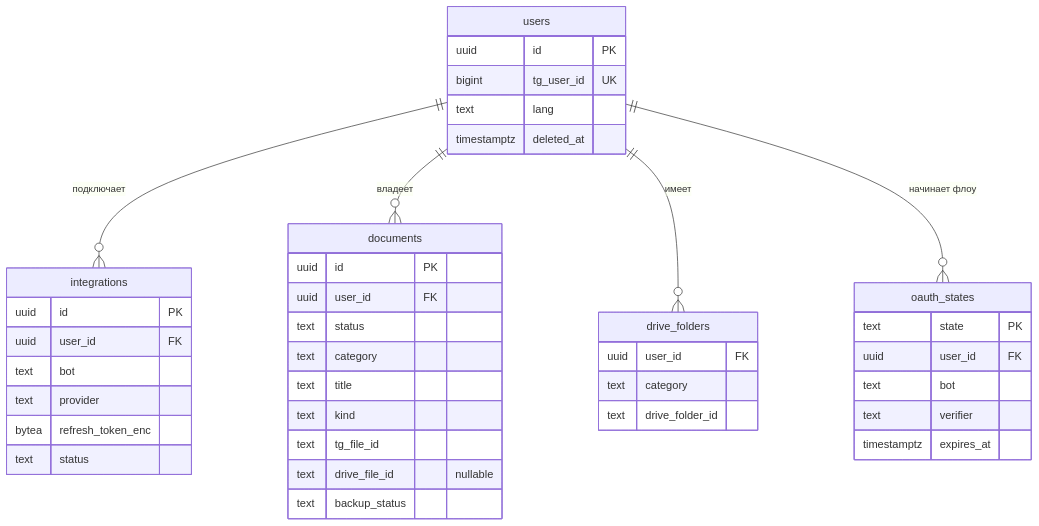
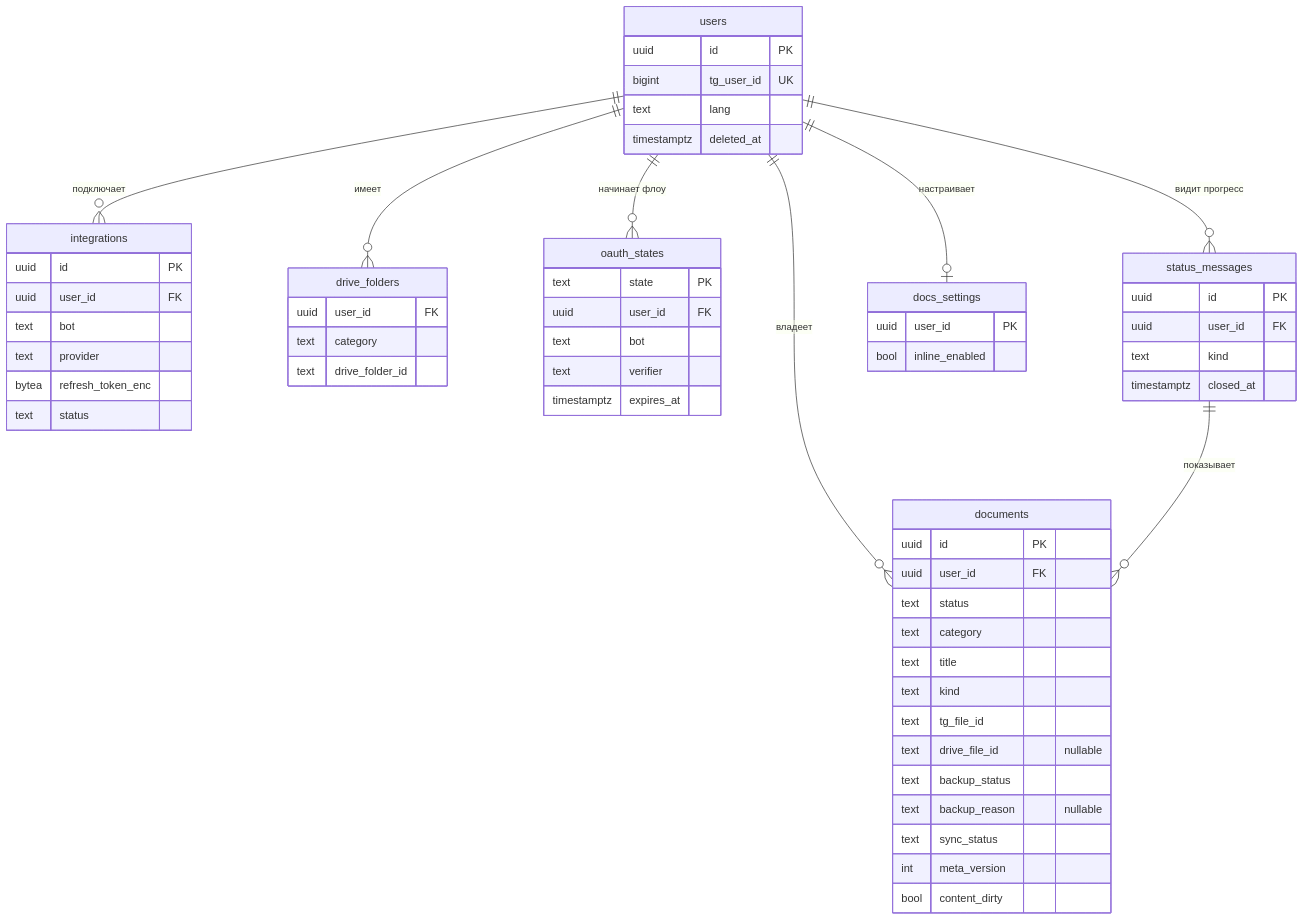
One commit to alexe0110/most-app changed the diagram in docs/model.md. Above: the diagram before and after it, drawn with Mermaid. The commit also changed other lines of this file and 3 other files, not shown here.

Commit message:
docs: sync architecture, model and conventions with the code

````diff
--- a/docs/model.md
+++ b/docs/model.md
@@ -24,45 +26,62 @@
 ```mermaid
 erDiagram
     users ||--o{ integrations : "подключает"
     users ||--o{ documents : "владеет"
     users ||--o{ drive_folders : "имеет"
     users ||--o{ oauth_states : "начинает флоу"
+    users ||--o{ status_messages : "видит прогресс"
+    users ||--o| docs_settings : "настраивает"
+    status_messages ||--o{ documents : "показывает"
 
     users {
         uuid id PK
         bigint tg_user_id UK
         text lang
         timestamptz deleted_at
     }
     integrations {
         uuid id PK
         uuid user_id FK
         text bot
         text provider
         bytea refresh_token_enc
         text status
     }
     oauth_states {
         text state PK
         uuid user_id FK
         text bot
         text verifier
         timestamptz expires_at
     }
     documents {
         uuid id PK
         uuid user_id FK
         text status
         text category
         text title
         text kind
         text tg_file_id
         text drive_file_id "nullable"
         text backup_status
+        text backup_reason "nullable"
+        text sync_status
+        int meta_version
+        bool content_dirty
+    }
+    status_messages {
+        uuid id PK
+        uuid user_id FK
+        text kind
+        timestamptz closed_at
+    }
+    docs_settings {
+        uuid user_id PK
+        bool inline_enabled
     }
     drive_folders {
         uuid user_id FK
         text category
         text drive_folder_id
     }
 ```
````
